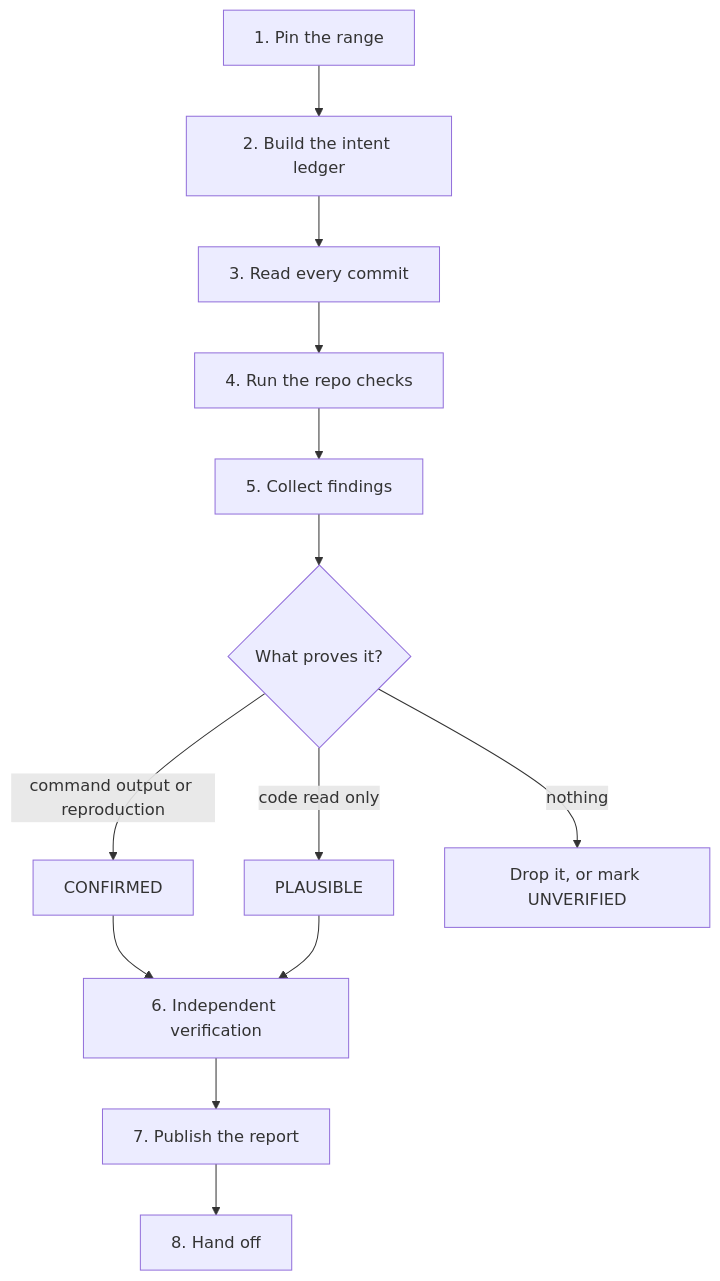
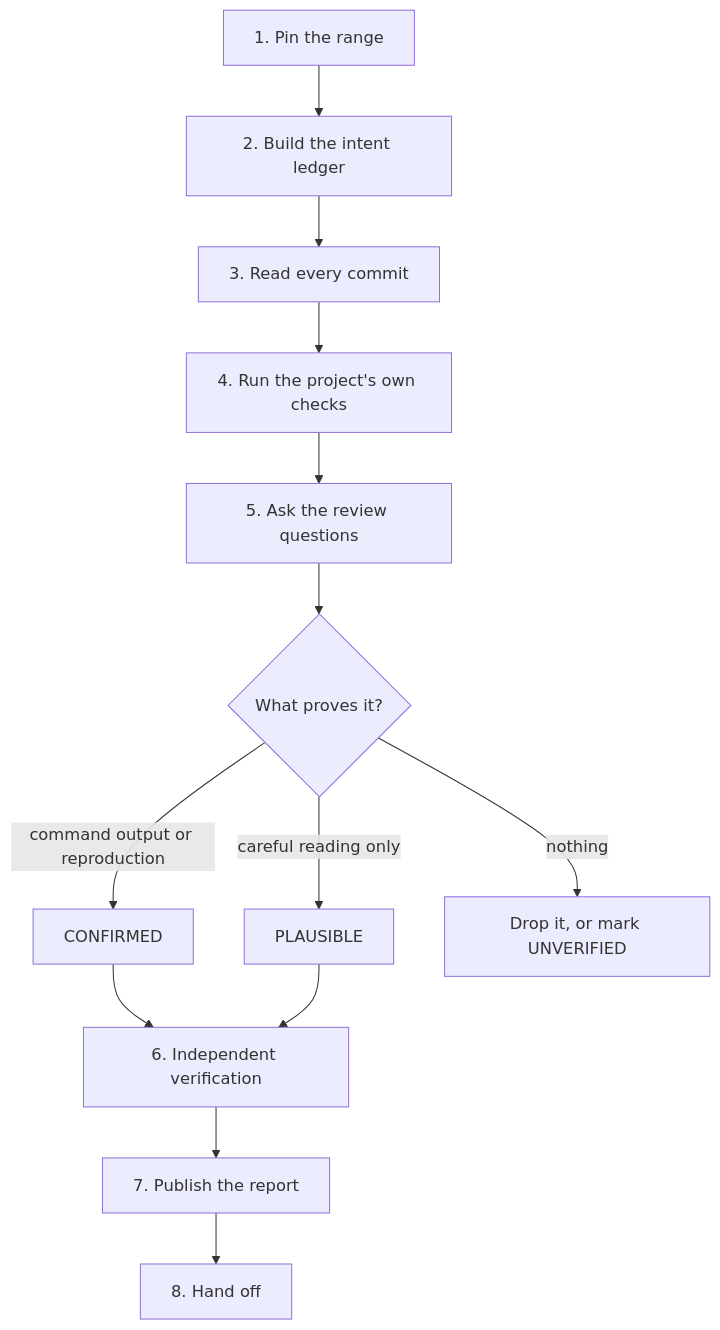
The diagram in plugin/skills/review-past-commits/SKILL.md (johnyuencm/ycm-harness), drawn with Mermaid before and after one commit. The commit also changed other lines of this file and 4 other files, not shown here.

````diff
--- a/plugin/skills/review-past-commits/SKILL.md
+++ b/plugin/skills/review-past-commits/SKILL.md
@@ -31,15 +35,15 @@
 ```mermaid
 flowchart TD
   A[1. Pin the range] --> B[2. Build the intent ledger]
   B --> C[3. Read every commit]
-  C --> D[4. Run the repo checks]
-  D --> E[5. Collect findings]
+  C --> D[4. Run the project's own checks]
+  D --> E[5. Ask the review questions]
   E --> F{What proves it?}
   F -- command output or reproduction --> G[CONFIRMED]
-  F -- code read only --> H[PLAUSIBLE]
+  F -- careful reading only --> H[PLAUSIBLE]
   F -- nothing --> I[Drop it, or mark UNVERIFIED]
   G --> J[6. Independent verification]
   H --> J
   J --> K[7. Publish the report]
   K --> L[8. Hand off]
 ```
````
